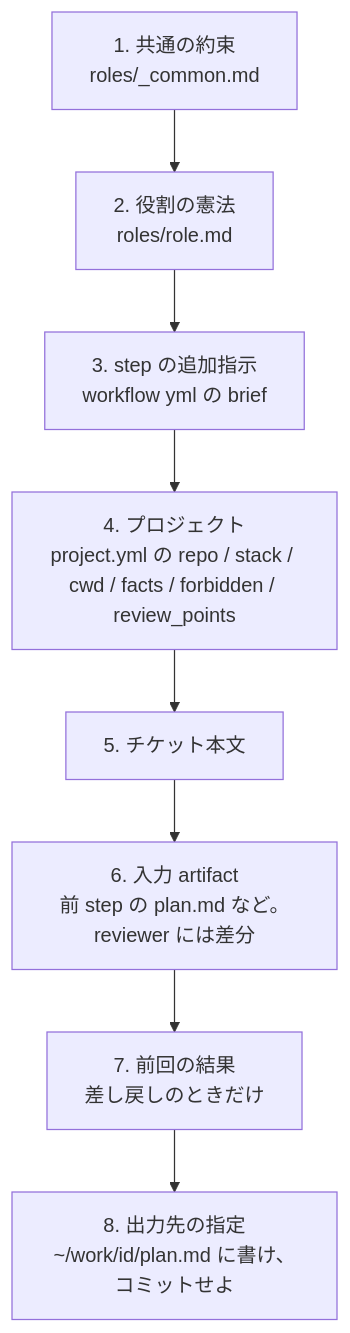
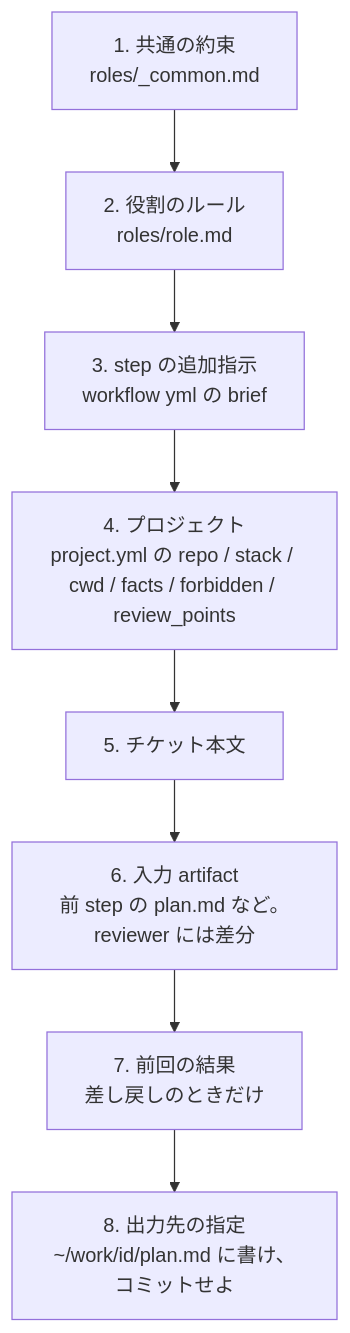
The second of 2 diagrams in website/content/ja/concepts/workflow-engine.md (akkijp-oss/aifactory), drawn with Mermaid before and after one commit. The commit also changed other lines of this file and 40 other files, not shown here.

````diff
--- a/website/content/ja/concepts/workflow-engine.md
+++ b/website/content/ja/concepts/workflow-engine.md
@@ -102,4 +102,4 @@
 ```mermaid
 flowchart TB
-  L1[1. 共通の約束<br>roles/_common.md] --> L2[2. 役割の憲法<br>roles/role.md] --> L3[3. step の追加指示<br>workflow yml の brief] --> L4[4. プロジェクト<br>project.yml の repo / stack / cwd / facts / forbidden / review_points] --> L5[5. チケット本文] --> L6[6. 入力 artifact<br>前 step の plan.md など。reviewer には差分] --> L7[7. 前回の結果<br>差し戻しのときだけ] --> L8[8. 出力先の指定<br>~/work/id/plan.md に書け、コミットせよ]
+  L1[1. 共通の約束<br>roles/_common.md] --> L2[2. 役割のルール<br>roles/role.md] --> L3[3. step の追加指示<br>workflow yml の brief] --> L4[4. プロジェクト<br>project.yml の repo / stack / cwd / facts / forbidden / review_points] --> L5[5. チケット本文] --> L6[6. 入力 artifact<br>前 step の plan.md など。reviewer には差分] --> L7[7. 前回の結果<br>差し戻しのときだけ] --> L8[8. 出力先の指定<br>~/work/id/plan.md に書け、コミットせよ]
 ```
````
